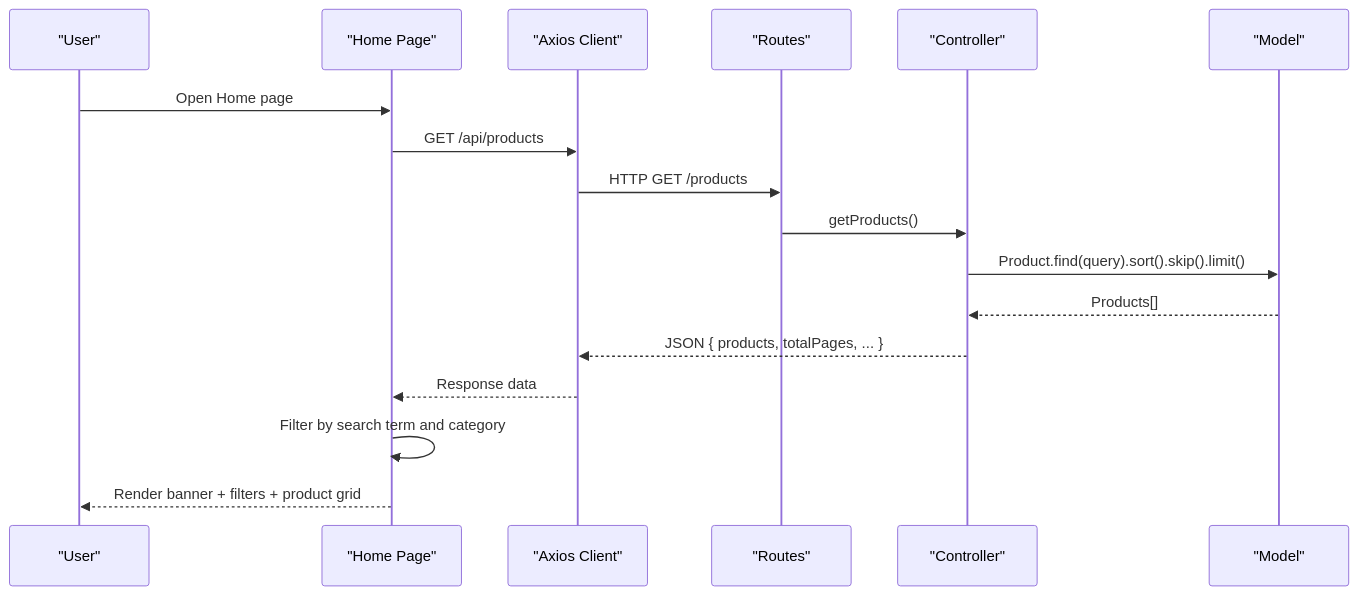
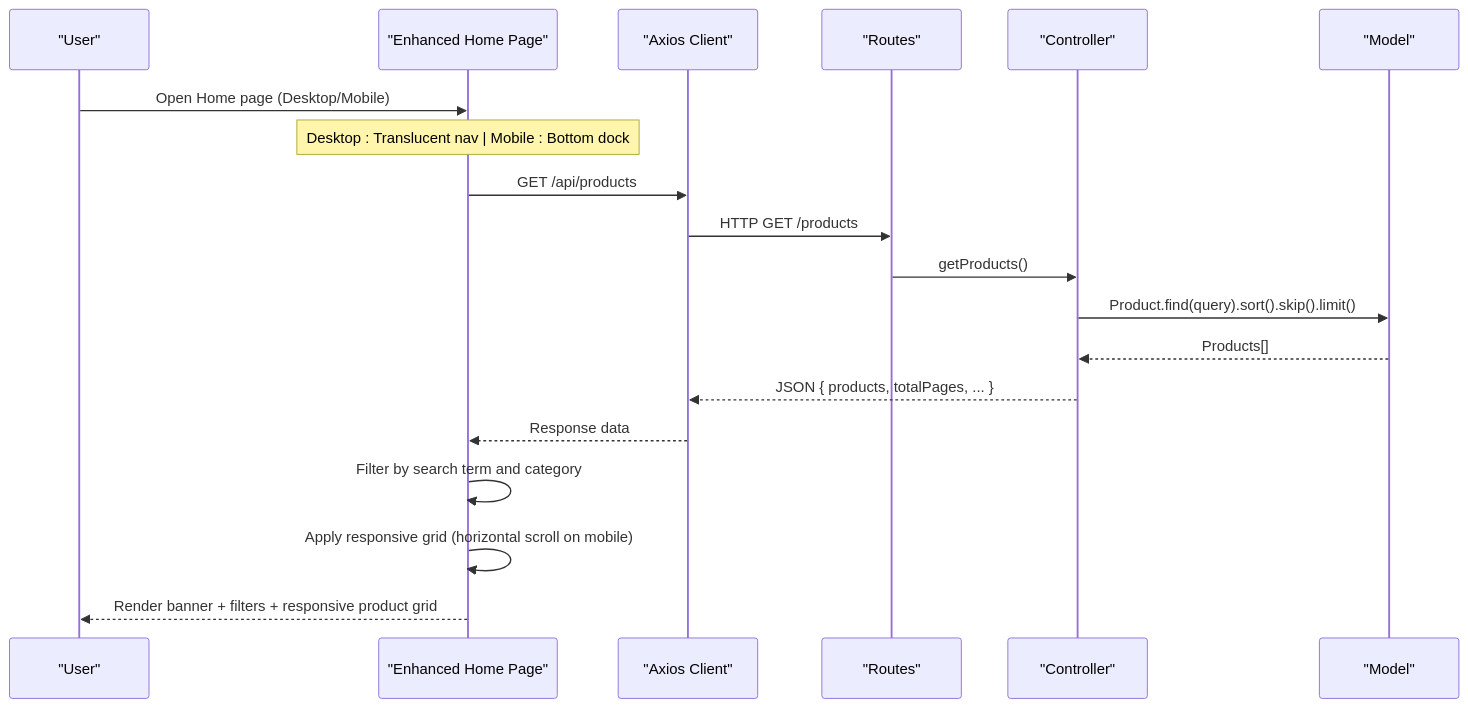
One commit to Pavan-PSPK9032/TrendsandToss changed the second of 3 diagrams in .qoder/repowiki/en/content/Shopping Experience/Product Browsing & Discovery.md. Above: the diagram before and after it, drawn with Mermaid. The commit also changed other lines of this file and 16 other files, not shown here.

````diff
--- a/.qoder/repowiki/en/content/Shopping Experience/Product Browsing & Discovery.md
+++ b/.qoder/repowiki/en/content/Shopping Experience/Product Browsing & Discovery.md
@@ -117,19 +127,21 @@
 ```mermaid
 sequenceDiagram
 participant U as "User"
-participant H as "Home Page"
+participant H as "Enhanced Home Page"
 participant AX as "Axios Client"
 participant R as "Routes"
 participant C as "Controller"
 participant M as "Model"
-U->>H : Open Home page
+U->>H : Open Home page (Desktop/Mobile)
+Note over H : Desktop : Translucent nav | Mobile : Bottom dock
 H->>AX : GET /api/products
 AX->>R : HTTP GET /products
 R->>C : getProducts()
 C->>M : Product.find(query).sort().skip().limit()
 M-->>C : Products[]
 C-->>AX : JSON { products, totalPages, ... }
 AX-->>H : Response data
 H->>H : Filter by search term and category
-H-->>U : Render banner + filters + product grid
+H->>H : Apply responsive grid (horizontal scroll on mobile)
+H-->>U : Render banner + filters + responsive product grid
 ```
````
